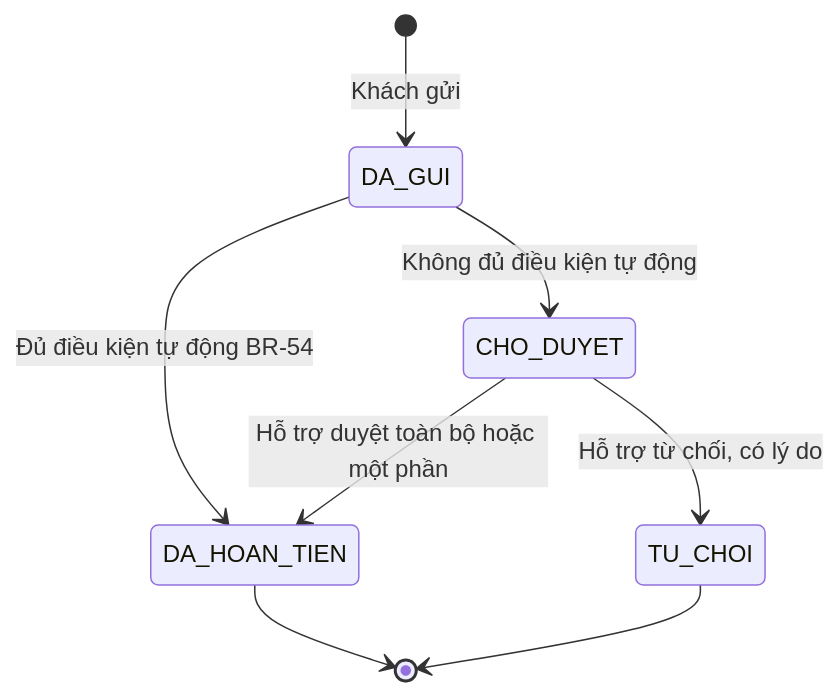
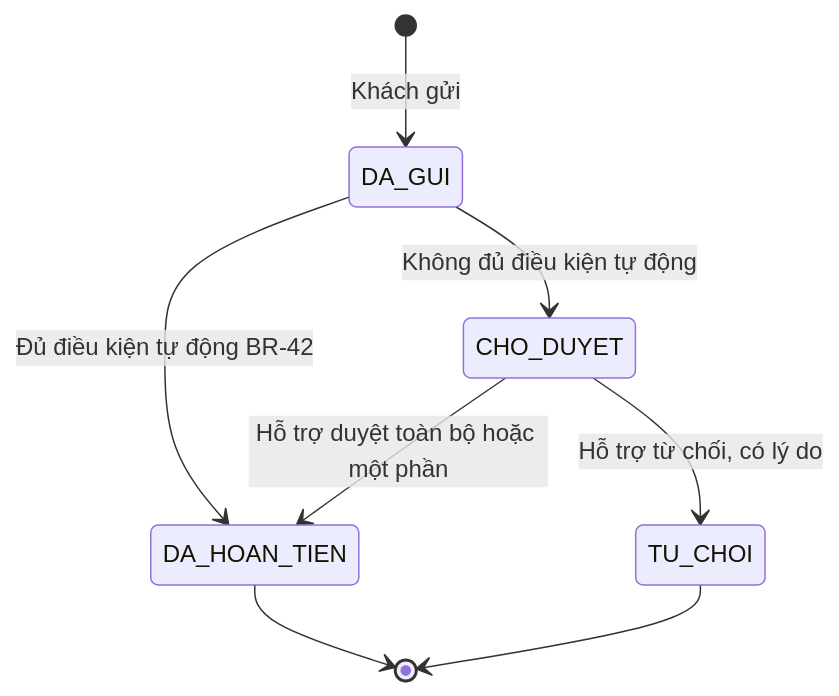
The fourth of 15 diagrams in docs/SRS.md (uxfoundation-vn/de06-dat-ship-do-an), drawn with Mermaid before and after one commit. The commit also changed other lines of this file and 2 other files, not shown here.

````diff
--- a/docs/SRS.md
+++ b/docs/SRS.md
@@ -259,10 +188,10 @@
 ```mermaid
 stateDiagram-v2
   [*] --> DA_GUI : Khách gửi
-  DA_GUI --> DA_HOAN_TIEN : Đủ điều kiện tự động BR-54
+  DA_GUI --> DA_HOAN_TIEN : Đủ điều kiện tự động BR-42
   DA_GUI --> CHO_DUYET : Không đủ điều kiện tự động
   CHO_DUYET --> DA_HOAN_TIEN : Hỗ trợ duyệt toàn bộ hoặc một phần
   CHO_DUYET --> TU_CHOI : Hỗ trợ từ chối, có lý do
   DA_HOAN_TIEN --> [*]
   TU_CHOI --> [*]
 ```
````
